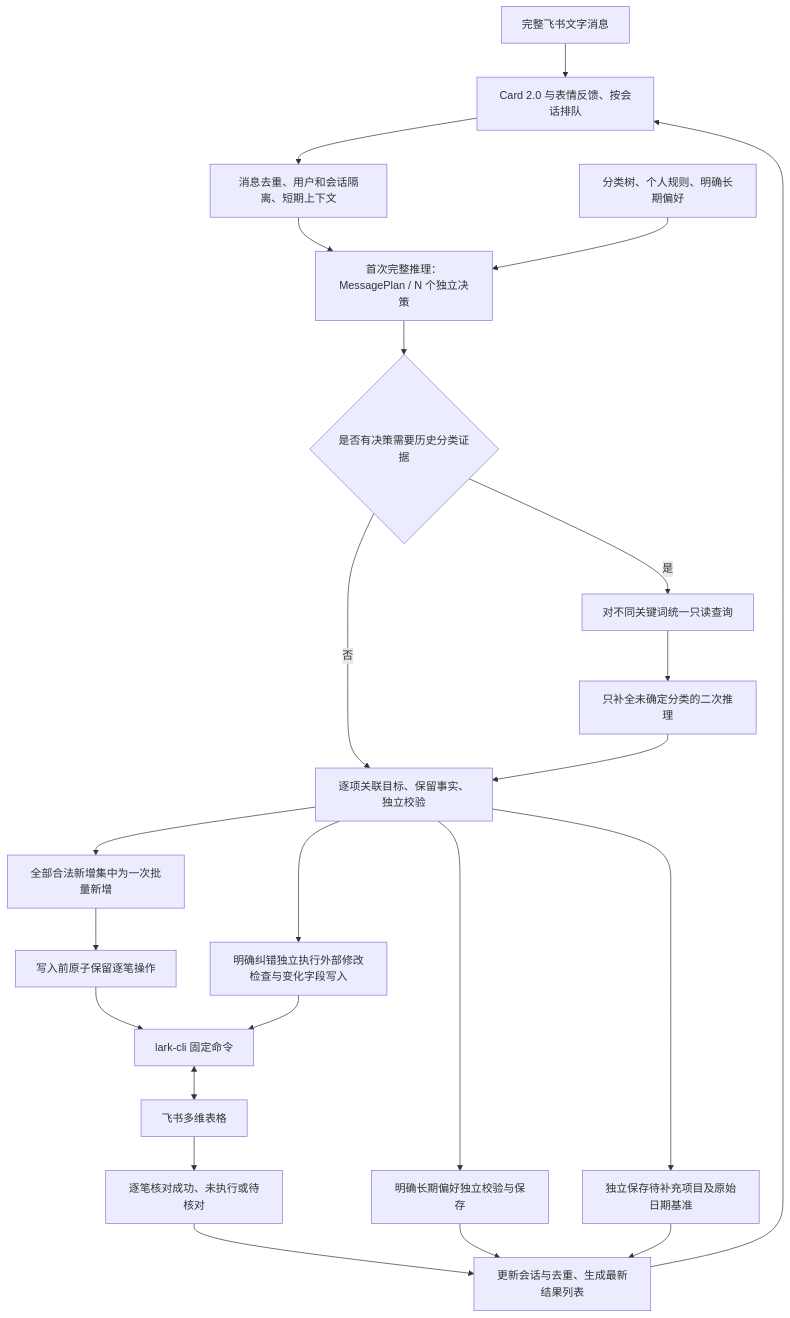
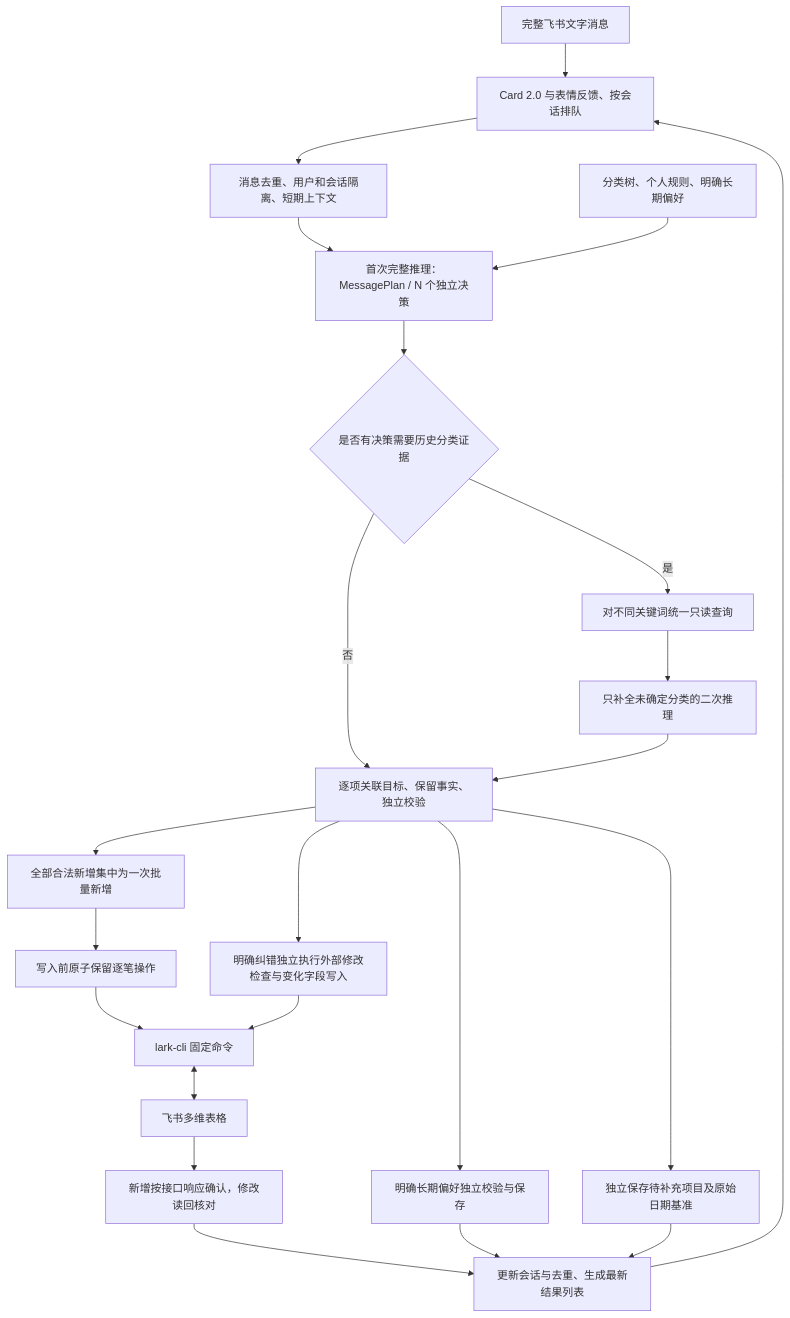
Before and after one commit to muieer/feishu-bitable-bookkeeping-agent: the diagram in docs/系统架构与工作流程.md, drawn with Mermaid. The commit also changed other lines of this file and 9 other files, not shown here.

````diff
--- a/docs/系统架构与工作流程.md
+++ b/docs/系统架构与工作流程.md
@@ -7,25 +7,25 @@
 ```mermaid
 flowchart TD
     U[完整飞书文字消息] --> C[Card 2.0 与表情反馈、按会话排队]
     C --> S[消息去重、用户和会话隔离、短期上下文]
     S --> A[首次完整推理：MessagePlan / N 个独立决策]
     K[分类树、个人规则、明确长期偏好] --> A
     A --> H{是否有决策需要历史分类证据}
     H -->|否| V[逐项关联目标、保留事实、独立校验]
     H -->|是| R[对不同关键词统一只读查询]
     R --> A2[只补全未确定分类的二次推理]
     A2 --> V
     V --> Q[独立保存待补充项目及原始日期基准]
     V --> B[全部合法新增集中为一次批量新增]
     V --> E[明确纠错独立执行外部修改检查与变化字段写入]
     V --> P[明确长期偏好独立校验与保存]
     B --> J[写入前原子保留逐笔操作]
     J --> CLI[lark-cli 固定命令]
     E --> CLI
     CLI <--> F[飞书多维表格]
-    F --> X[逐笔核对成功、未执行或待核对]
+    F --> X[新增按接口响应确认，修改读回核对]
     X --> O[更新会话与去重、生成最新结果列表]
     P --> O
     Q --> O
     O --> C
 ```
````
